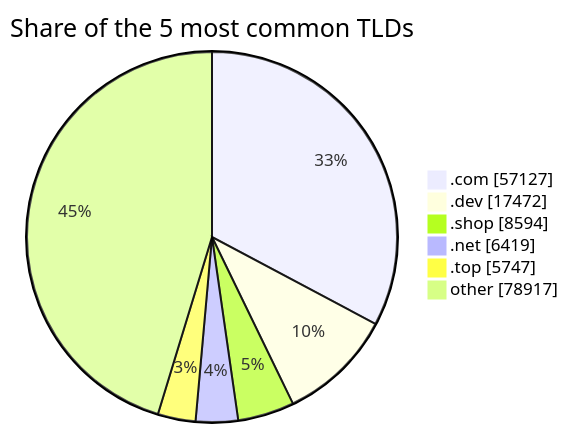
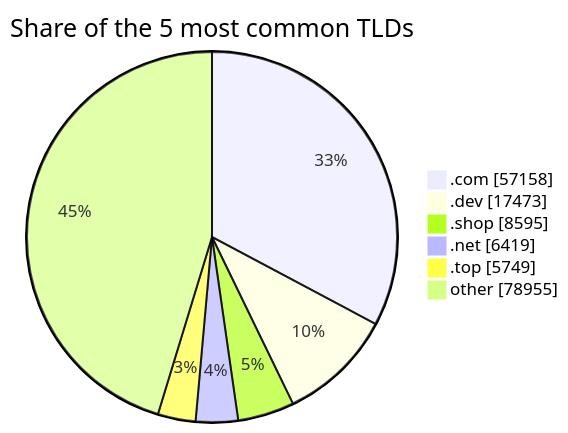
Before and after one commit to DNSBunker/CTI: the third of 3 diagrams in README.md, drawn with Mermaid. The commit also changed other lines of this file and 3 other files, not shown here.

````diff
--- a/README.md
+++ b/README.md
@@ -81,9 +81,9 @@
 ```mermaid
 pie showData title Share of the 5 most common TLDs
-    ".com" : 57127
-    ".dev" : 17472
-    ".shop" : 8594
+    ".com" : 57158
+    ".dev" : 17473
+    ".shop" : 8595
     ".net" : 6419
-    ".top" : 5747
-    "other" : 78917
+    ".top" : 5749
+    "other" : 78955
 ```
````
